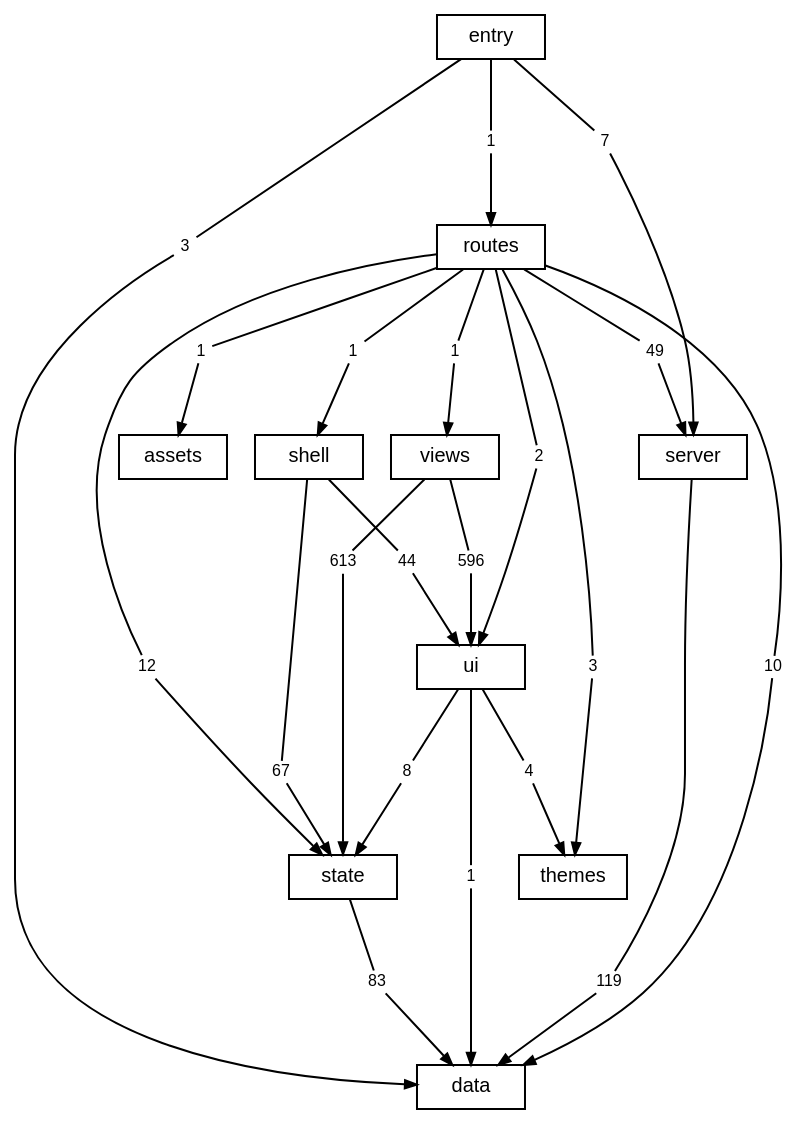
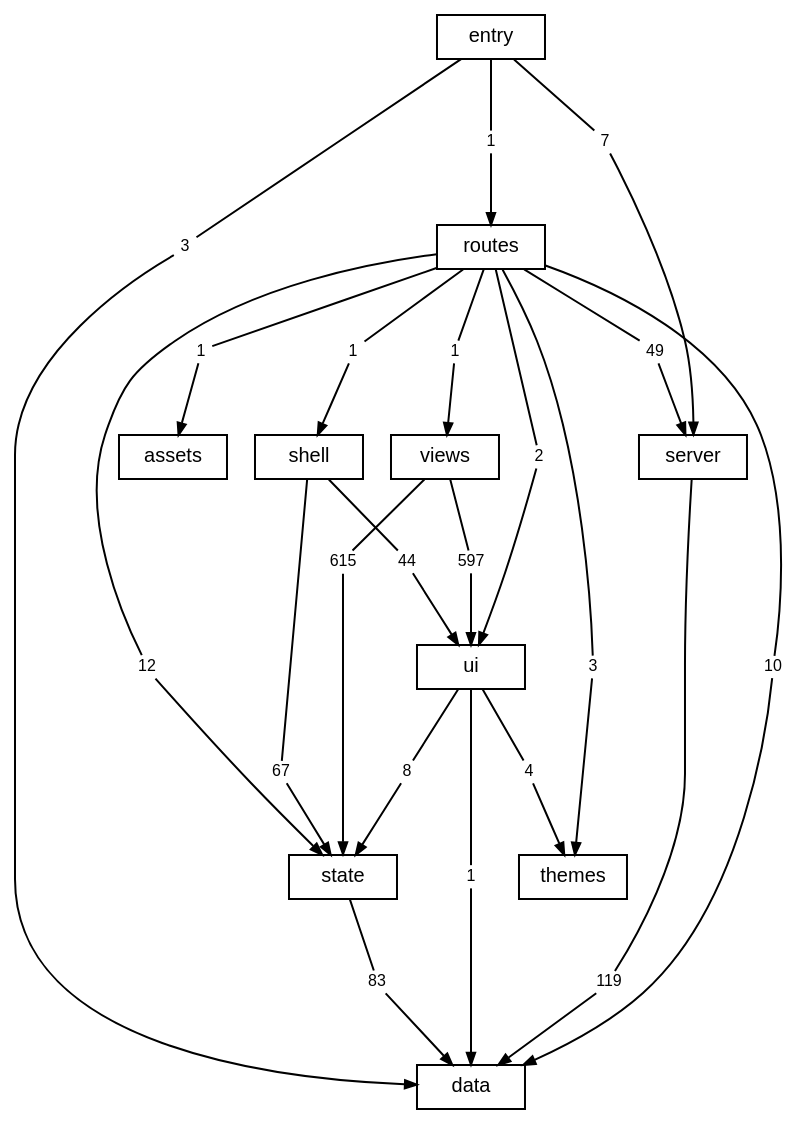
Before and after one commit to TheAxeC/oculus: the diagram in docs/diagrams/layers.dot, drawn with Graphviz. The commit also changed 43 other files, not shown here.

```diff
--- a/docs/diagrams/layers.dot
+++ b/docs/diagrams/layers.dot
@@ -1,75 +1,75 @@
 digraph layers {
     graph [bgcolor="transparent", rankdir=TB, newrank=true, fontname="Helvetica,Arial,sans-serif", fontsize=12, nodesep=0.2, ranksep=0.5];
     node [shape=box, color="black", fontcolor="black", fontname="Helvetica,Arial,sans-serif", fontsize=10, height=0.3, margin="0.12,0.04"];
     edge [color="black", fontcolor="black", fontname="Helvetica,Arial,sans-serif", fontsize=8, arrowsize=0.6];
     "data";
     "server";
     "state";
     "ui";
     "shell";
     "views";
     "themes";
     "routes";
     "src" [label="entry"];
     "files: assets" [label="assets"];
     "routes to data" [label="10", shape=box, color="transparent", fontsize=8, width=0, height=0, margin="0.04,0.02"];
     "routes" -> "routes to data" [arrowhead=none];
     "routes to data" -> "data" [];
     "routes to files: assets" [label="1", shape=box, color="transparent", fontsize=8, width=0, height=0, margin="0.04,0.02"];
     "routes" -> "routes to files: assets" [arrowhead=none];
     "routes to files: assets" -> "files: assets" [];
     "routes to server" [label="49", shape=box, color="transparent", fontsize=8, width=0, height=0, margin="0.04,0.02"];
     "routes" -> "routes to server" [arrowhead=none];
     "routes to server" -> "server" [];
     "routes to shell" [label="1", shape=box, color="transparent", fontsize=8, width=0, height=0, margin="0.04,0.02"];
     "routes" -> "routes to shell" [arrowhead=none];
     "routes to shell" -> "shell" [];
     "routes to state" [label="12", shape=box, color="transparent", fontsize=8, width=0, height=0, margin="0.04,0.02"];
     "routes" -> "routes to state" [arrowhead=none];
     "routes to state" -> "state" [];
     "routes to themes" [label="3", shape=box, color="transparent", fontsize=8, width=0, height=0, margin="0.04,0.02"];
     "routes" -> "routes to themes" [arrowhead=none];
     "routes to themes" -> "themes" [];
     "routes to ui" [label="2", shape=box, color="transparent", fontsize=8, width=0, height=0, margin="0.04,0.02"];
     "routes" -> "routes to ui" [arrowhead=none];
     "routes to ui" -> "ui" [];
     "routes to views" [label="1", shape=box, color="transparent", fontsize=8, width=0, height=0, margin="0.04,0.02"];
     "routes" -> "routes to views" [arrowhead=none];
     "routes to views" -> "views" [];
     "server to data" [label="119", shape=box, color="transparent", fontsize=8, width=0, height=0, margin="0.04,0.02"];
     "server" -> "server to data" [arrowhead=none];
     "server to data" -> "data" [];
     "shell to state" [label="67", shape=box, color="transparent", fontsize=8, width=0, height=0, margin="0.04,0.02"];
     "shell" -> "shell to state" [arrowhead=none];
     "shell to state" -> "state" [];
     "shell to ui" [label="44", shape=box, color="transparent", fontsize=8, width=0, height=0, margin="0.04,0.02"];
     "shell" -> "shell to ui" [arrowhead=none];
     "shell to ui" -> "ui" [];
     "src to data" [label="3", shape=box, color="transparent", fontsize=8, width=0, height=0, margin="0.04,0.02"];
     "src" -> "src to data" [arrowhead=none];
     "src to data" -> "data" [];
     "src to routes" [label="1", shape=box, color="transparent", fontsize=8, width=0, height=0, margin="0.04,0.02"];
     "src" -> "src to routes" [arrowhead=none];
     "src to routes" -> "routes" [];
     "src to server" [label="7", shape=box, color="transparent", fontsize=8, width=0, height=0, margin="0.04,0.02"];
     "src" -> "src to server" [arrowhead=none];
     "src to server" -> "server" [];
     "state to data" [label="83", shape=box, color="transparent", fontsize=8, width=0, height=0, margin="0.04,0.02"];
     "state" -> "state to data" [arrowhead=none];
     "state to data" -> "data" [];
     "ui to data" [label="1", shape=box, color="transparent", fontsize=8, width=0, height=0, margin="0.04,0.02"];
     "ui" -> "ui to data" [arrowhead=none];
     "ui to data" -> "data" [];
     "ui to state" [label="8", shape=box, color="transparent", fontsize=8, width=0, height=0, margin="0.04,0.02"];
     "ui" -> "ui to state" [arrowhead=none];
     "ui to state" -> "state" [];
     "ui to themes" [label="4", shape=box, color="transparent", fontsize=8, width=0, height=0, margin="0.04,0.02"];
     "ui" -> "ui to themes" [arrowhead=none];
     "ui to themes" -> "themes" [];
-    "views to state" [label="613", shape=box, color="transparent", fontsize=8, width=0, height=0, margin="0.04,0.02"];
+    "views to state" [label="615", shape=box, color="transparent", fontsize=8, width=0, height=0, margin="0.04,0.02"];
     "views" -> "views to state" [arrowhead=none];
     "views to state" -> "state" [];
-    "views to ui" [label="596", shape=box, color="transparent", fontsize=8, width=0, height=0, margin="0.04,0.02"];
+    "views to ui" [label="597", shape=box, color="transparent", fontsize=8, width=0, height=0, margin="0.04,0.02"];
     "views" -> "views to ui" [arrowhead=none];
     "views to ui" -> "ui" [];
 }
```
